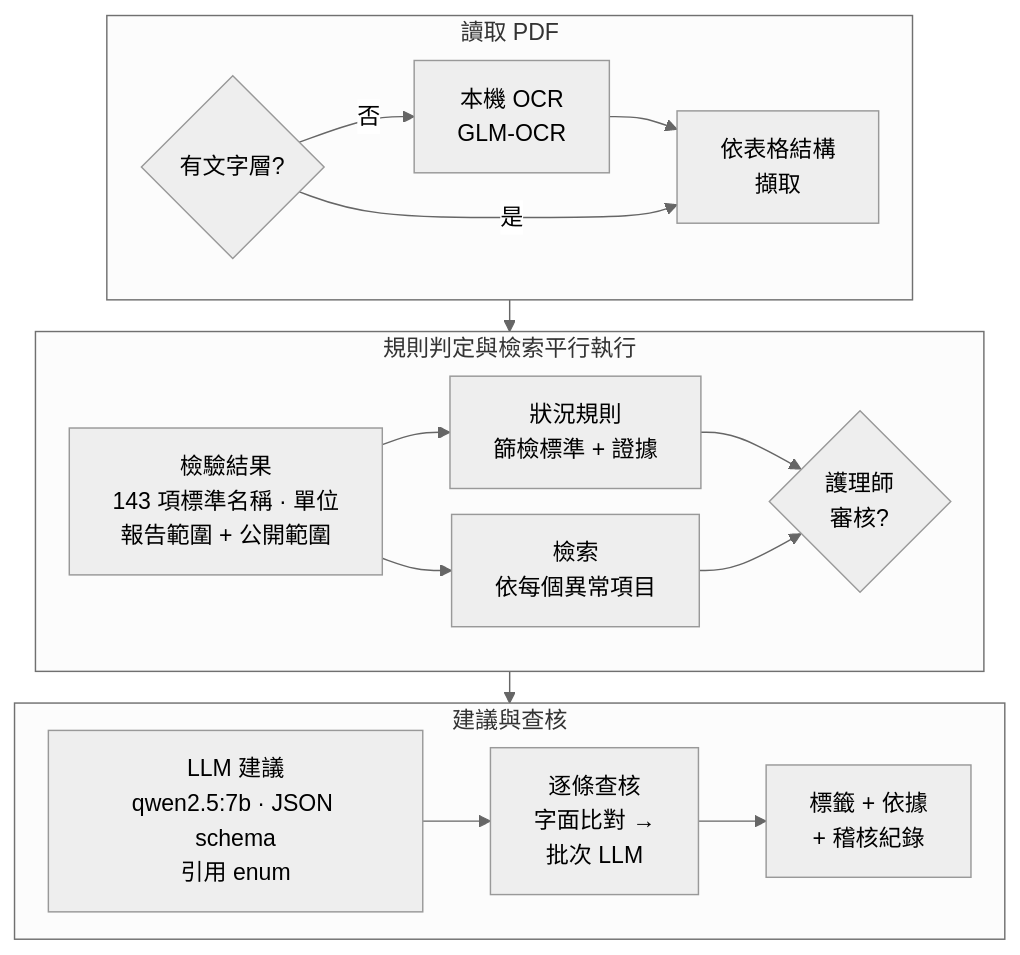
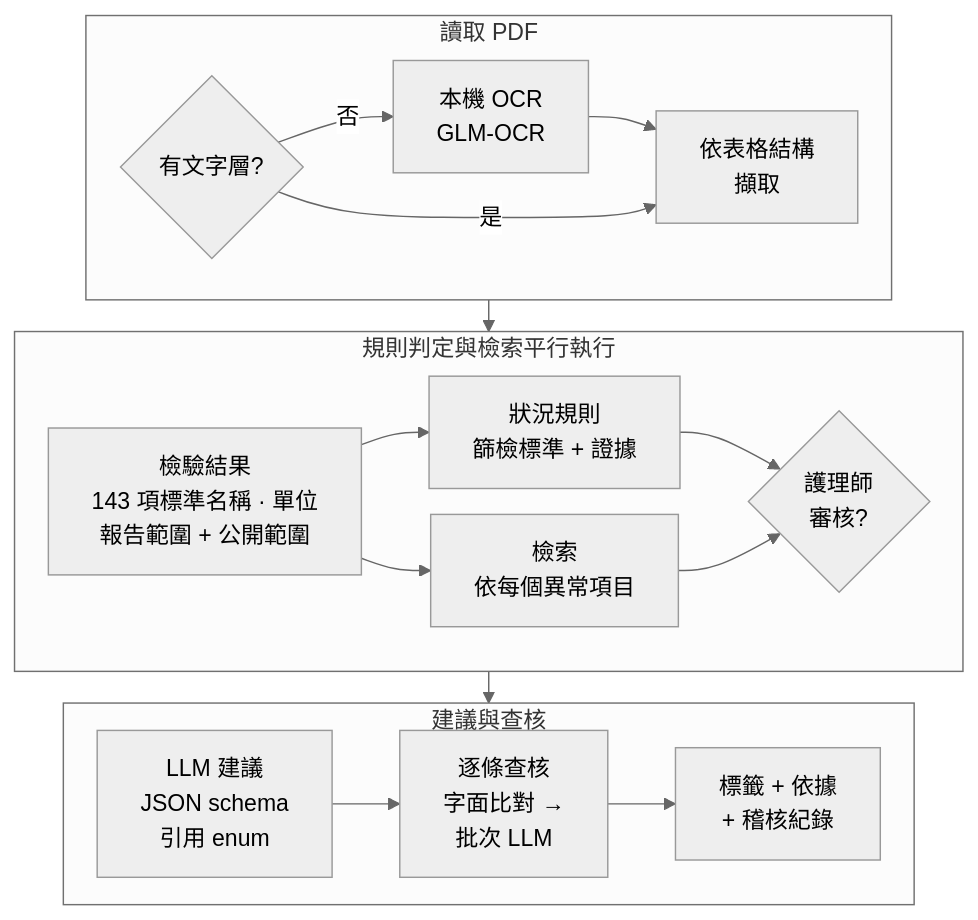
The second of 2 diagrams in README.zh-TW.md (Washyu0826/health-report-reader), drawn with Mermaid (neutral theme) before and after one commit. The commit also changed other lines of this file and 1 other file, not shown here.

Commit message:
README: narrower LLM node so it clears the GitHub mermaid controls; note the models used

````diff
--- a/README.zh-TW.md
+++ b/README.zh-TW.md
@@ -110,19 +110,19 @@
 ```mermaid
 %%{init: {"flowchart": {"rankSpacing": 22, "nodeSpacing": 18}}}%%
 flowchart TB
     subgraph X ["讀取 PDF"]
         direction LR
         B{有文字層?} -- 否 --> O[本機 OCR<br/>GLM-OCR] --> C
         B -- 是 --> C[依表格結構<br/>擷取]
     end
     subgraph Y ["規則判定與檢索平行執行"]
         direction LR
         D[檢驗結果<br/>143 項標準名稱 · 單位<br/>報告範圍 + 公開範圍] --> E[狀況規則<br/>篩檢標準 + 證據] & F[檢索<br/>依每個異常項目]
         E & F --> R{護理師<br/>審核?}
     end
     subgraph Z ["建議與查核"]
         direction LR
-        G[LLM 建議<br/>qwen2.5:7b · JSON schema<br/>引用 enum] --> H[逐條查核<br/>字面比對 →<br/>批次 LLM] --> I[標籤 + 依據<br/>+ 稽核紀錄]
+        G[LLM 建議<br/>JSON schema<br/>引用 enum] --> H[逐條查核<br/>字面比對 →<br/>批次 LLM] --> I[標籤 + 依據<br/>+ 稽核紀錄]
     end
     X --> Y --> Z
 ```
````
